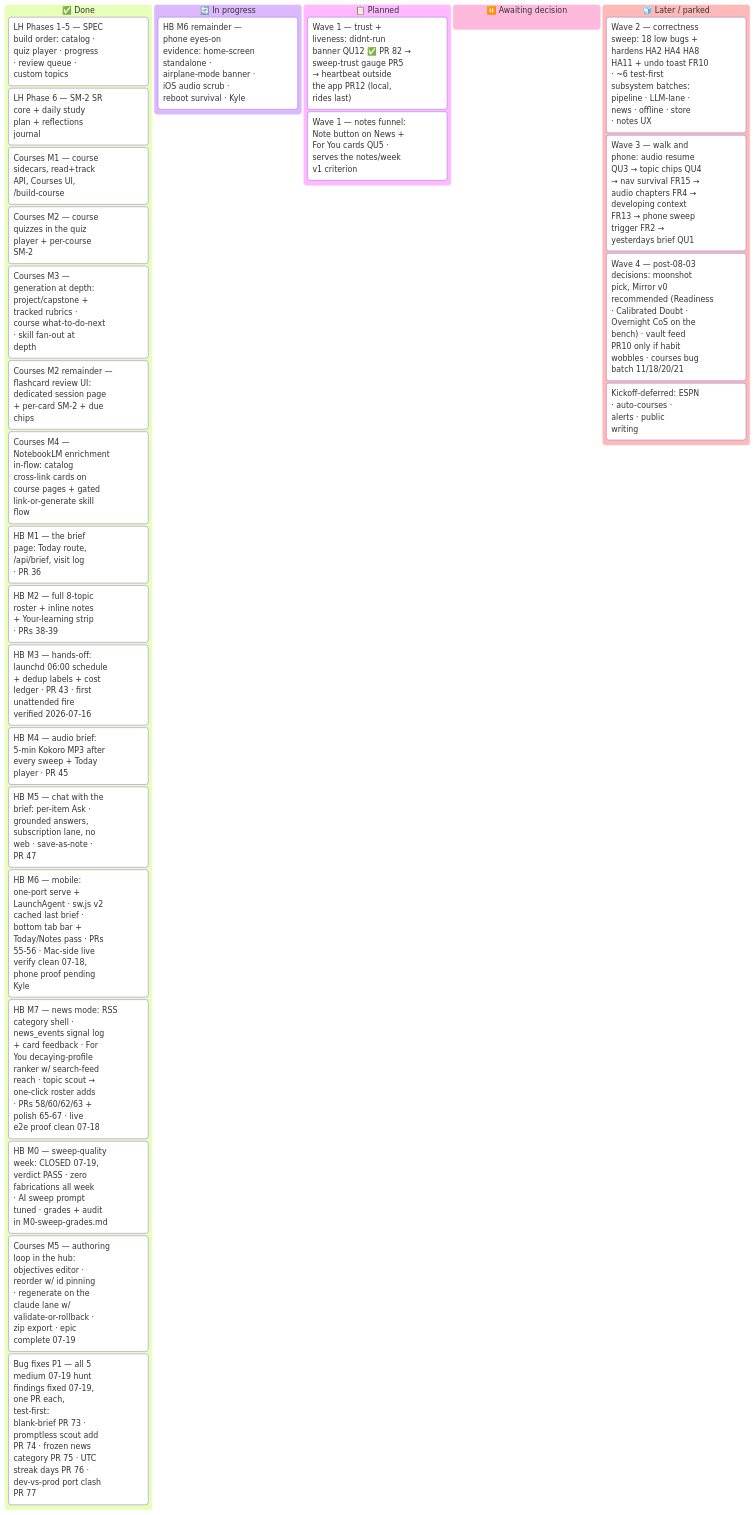
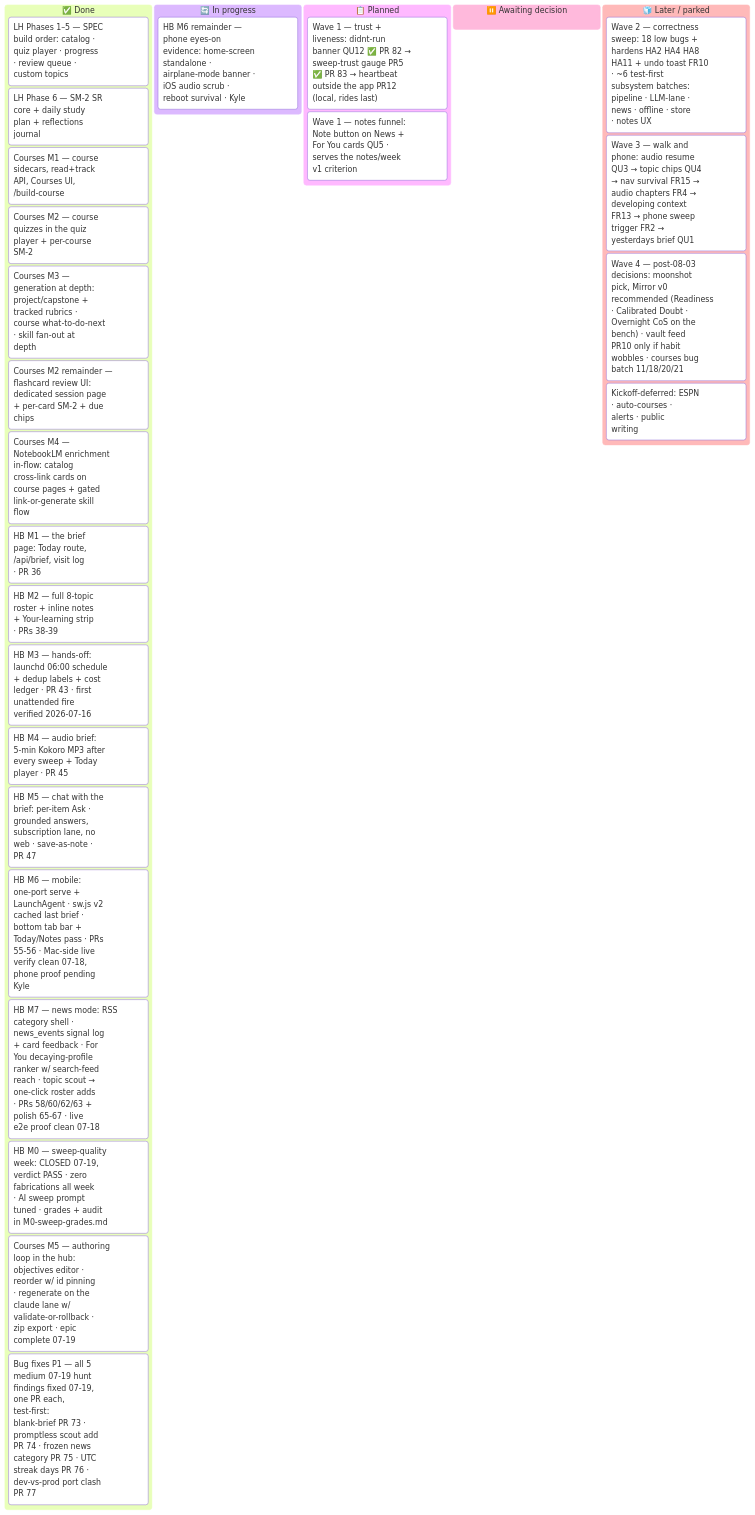
Before and after one commit to ksdisch/home-base: the diagram in docs/MASTER_PLAN.md, drawn with Mermaid. The commit also changed other lines of this file and 1 other file, not shown here.

Commit message:
docs: MASTER_PLAN + BACKLOG — PR5 shipped (PR #83), Wave 1 card ticked, trust log in doc map

````diff
--- a/docs/MASTER_PLAN.md
+++ b/docs/MASTER_PLAN.md
@@ -42,37 +42,37 @@
 ```mermaid
 ---
 config:
   kanban:
     sectionWidth: 300
 ---
 kanban
   done["✅ Done"]
     lh15["LH Phases 1–5 — SPEC<br/>build order: catalog ·<br/>quiz player · progress<br/>· review queue ·<br/>custom topics"]
     lh6["LH Phase 6 — SM-2 SR<br/>core + daily study<br/>plan + reflections<br/>journal"]
     lh7["Courses M1 — course<br/>sidecars, read+track<br/>API, Courses UI,<br/>/build-course"]
     lh7m2["Courses M2 — course<br/>quizzes in the quiz<br/>player + per-course<br/>SM-2"]
     lh7m3["Courses M3 —<br/>generation at depth:<br/>project/capstone +<br/>tracked rubrics ·<br/>course what-to-do-next<br/>· skill fan-out at<br/>depth"]
     lh7fc["Courses M2 remainder —<br/>flashcard review UI:<br/>dedicated session page<br/>+ per-card SM-2 + due<br/>chips"]
     lh7m4["Courses M4 —<br/>NotebookLM enrichment<br/>in-flow: catalog<br/>cross-link cards on<br/>course pages + gated<br/>link-or-generate skill<br/>flow"]
     hbm1["HB M1 — the brief<br/>page: Today route,<br/>/api/brief, visit log<br/>· PR 36"]
     hbm2["HB M2 — full 8-topic<br/>roster + inline notes<br/>+ Your-learning strip<br/>· PRs 38-39"]
     hbm3["HB M3 — hands-off:<br/>launchd 06:00 schedule<br/>+ dedup labels + cost<br/>ledger · PR 43 · first<br/>unattended fire<br/>verified 2026-07-16"]
     hbm4["HB M4 — audio brief:<br/>5-min Kokoro MP3 after<br/>every sweep + Today<br/>player · PR 45"]
     hbm5["HB M5 — chat with the<br/>brief: per-item Ask ·<br/>grounded answers,<br/>subscription lane, no<br/>web · save-as-note ·<br/>PR 47"]
     hbm6["HB M6 — mobile:<br/>one-port serve +<br/>LaunchAgent · sw.js v2<br/>cached last brief ·<br/>bottom tab bar +<br/>Today/Notes pass · PRs<br/>55-56 · Mac-side live<br/>verify clean 07-18,<br/>phone proof pending<br/>Kyle"]
     hbm7["HB M7 — news mode: RSS<br/>category shell ·<br/>news_events signal log<br/>+ card feedback · For<br/>You decaying-profile<br/>ranker w/ search-feed<br/>reach · topic scout →<br/>one-click roster adds<br/>· PRs 58/60/62/63 +<br/>polish 65-67 · live<br/>e2e proof clean 07-18"]
     hbm0["HB M0 — sweep-quality<br/>week: CLOSED 07-19,<br/>verdict PASS · zero<br/>fabrications all week<br/>· AI sweep prompt<br/>tuned · grades + audit<br/>in M0-sweep-grades.md"]
     cm5["Courses M5 — authoring<br/>loop in the hub:<br/>objectives editor ·<br/>reorder w/ id pinning<br/>· regenerate on the<br/>claude lane w/<br/>validate-or-rollback ·<br/>zip export · epic<br/>complete 07-19"]
     bugp1["Bug fixes P1 — all 5<br/>medium 07-19 hunt<br/>findings fixed 07-19,<br/>one PR each,<br/>test-first:<br/>blank-brief PR 73 ·<br/>promptless scout add<br/>PR 74 · frozen news<br/>category PR 75 · UTC<br/>streak days PR 76 ·<br/>dev-vs-prod port clash<br/>PR 77"]
   doing["🔄 In progress"]
     hbm6proof["HB M6 remainder —<br/>phone eyes-on<br/>evidence: home-screen<br/>standalone ·<br/>airplane-mode banner ·<br/>iOS audio scrub ·<br/>reboot survival · Kyle"]
   next["📋 Planned"]
-    trust["Wave 1 — trust +<br/>liveness: didnt-run<br/>banner QU12 ✅ PR 82 →<br/>sweep-trust gauge PR5<br/>→ heartbeat outside<br/>the app PR12 (local,<br/>rides last)"]
+    trust["Wave 1 — trust +<br/>liveness: didnt-run<br/>banner QU12 ✅ PR 82 →<br/>sweep-trust gauge PR5<br/>✅ PR 83 → heartbeat<br/>outside the app PR12<br/>(local, rides last)"]
     qnotes["Wave 1 — notes funnel:<br/>Note button on News +<br/>For You cards QU5 ·<br/>serves the notes/week<br/>v1 criterion"]
   decide["⏸️ Awaiting decision"]
   later["🧊 Later / parked"]
     wave2["Wave 2 — correctness<br/>sweep: 18 low bugs +<br/>hardens HA2 HA4 HA8<br/>HA11 + undo toast FR10<br/>· ~6 test-first<br/>subsystem batches:<br/>pipeline · LLM-lane ·<br/>news · offline · store<br/>· notes UX"]
     wave3["Wave 3 — walk and<br/>phone: audio resume<br/>QU3 → topic chips QU4<br/>→ nav survival FR15 →<br/>audio chapters FR4 →<br/>developing context<br/>FR13 → phone sweep<br/>trigger FR2 →<br/>yesterdays brief QU1"]
     wave4["Wave 4 — post-08-03<br/>decisions: moonshot<br/>pick, Mirror v0<br/>recommended (Readiness<br/>· Calibrated Doubt ·<br/>Overnight CoS on the<br/>bench) · vault feed<br/>PR10 only if habit<br/>wobbles · courses bug<br/>batch 11/18/20/21"]
     defer["Kickoff-deferred: ESPN<br/>· auto-courses ·<br/>alerts · public<br/>writing"]
 ```
````
